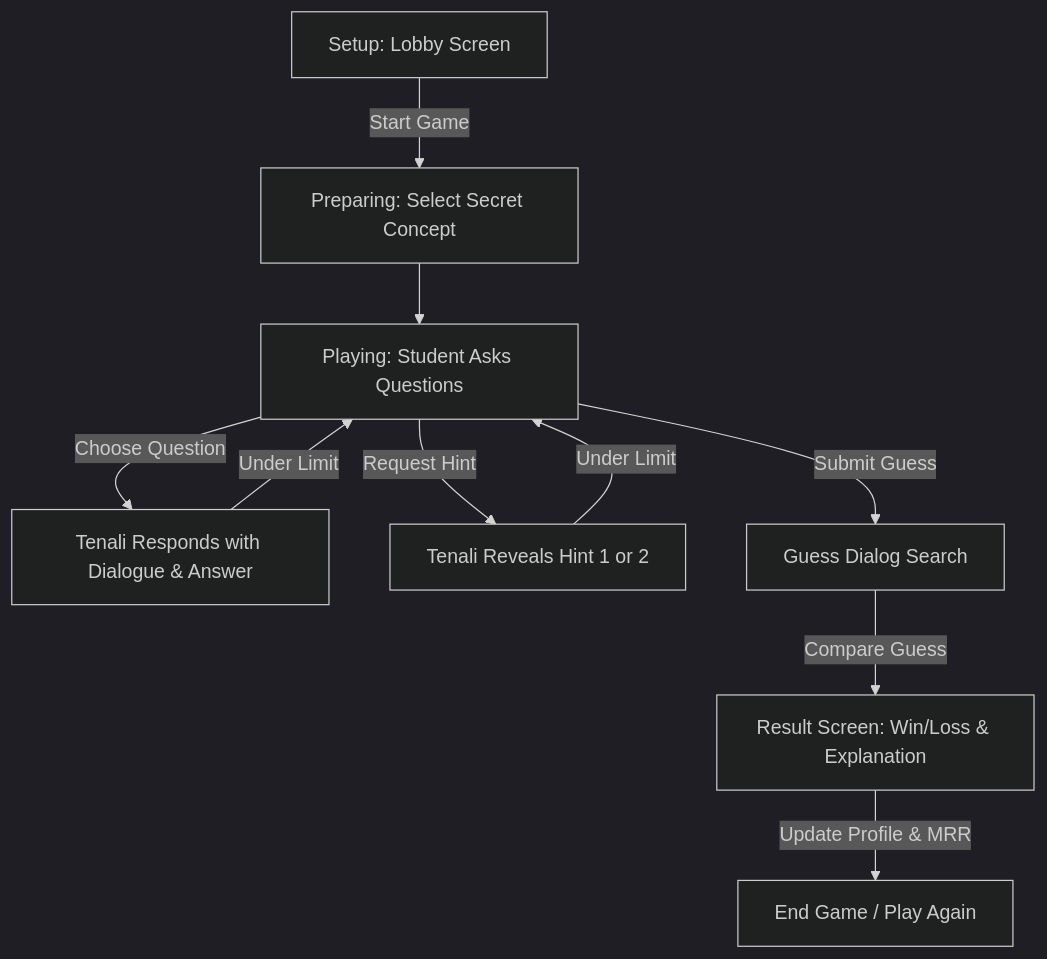
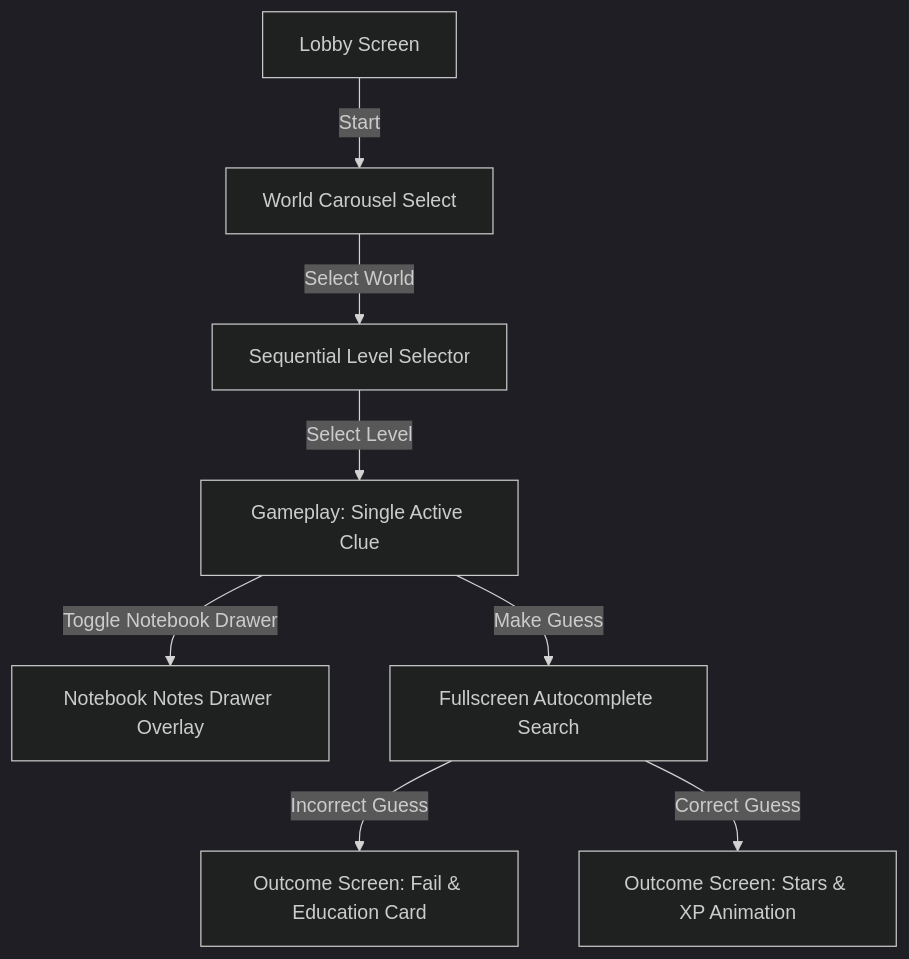
Before and after one commit to Tanishkaasharmaa/tenali: the diagram in feature2.md, drawn with Mermaid (dark theme). The commit also changed other lines of this file and 22 other files, not shown here.

Commit message:
Milestone 1: Core infrastructure, JSON data files, schema extensions, and menu updates

````diff
--- a/feature2.md
+++ b/feature2.md
@@ -39,12 +36,10 @@
 ```mermaid
 graph TD
-    A[Setup: Lobby Screen] -->|Start Game| B[Preparing: Select Secret Concept]
-    B --> C[Playing: Student Asks Questions]
-    C -->|Choose Question| D[Tenali Responds with Dialogue & Answer]
-    D -->|Under Limit| C
-    C -->|Request Hint| E[Tenali Reveals Hint 1 or 2]
-    E -->|Under Limit| C
-    C -->|Submit Guess| F[Guess Dialog Search]
-    F -->|Compare Guess| G[Result Screen: Win/Loss & Explanation]
-    G -->|Update Profile & MRR| H[End Game / Play Again]
+    A[Lobby Screen] -->|Start| B[World Carousel Select]
+    B -->|Select World| C[Sequential Level Selector]
+    C -->|Select Level| D[Gameplay: Single Active Clue]
+    D -->|Toggle Notebook Drawer| E[Notebook Notes Drawer Overlay]
+    D -->|Make Guess| F[Fullscreen Autocomplete Search]
+    F -->|Incorrect Guess| G[Outcome Screen: Fail & Education Card]
+    F -->|Correct Guess| H[Outcome Screen: Stars & XP Animation]
 ```
````
